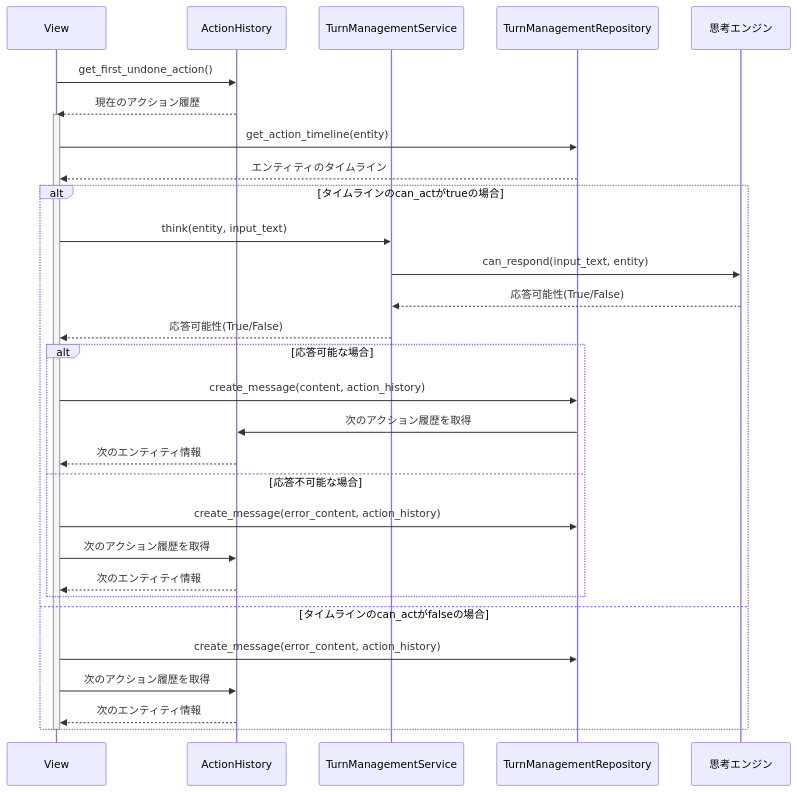
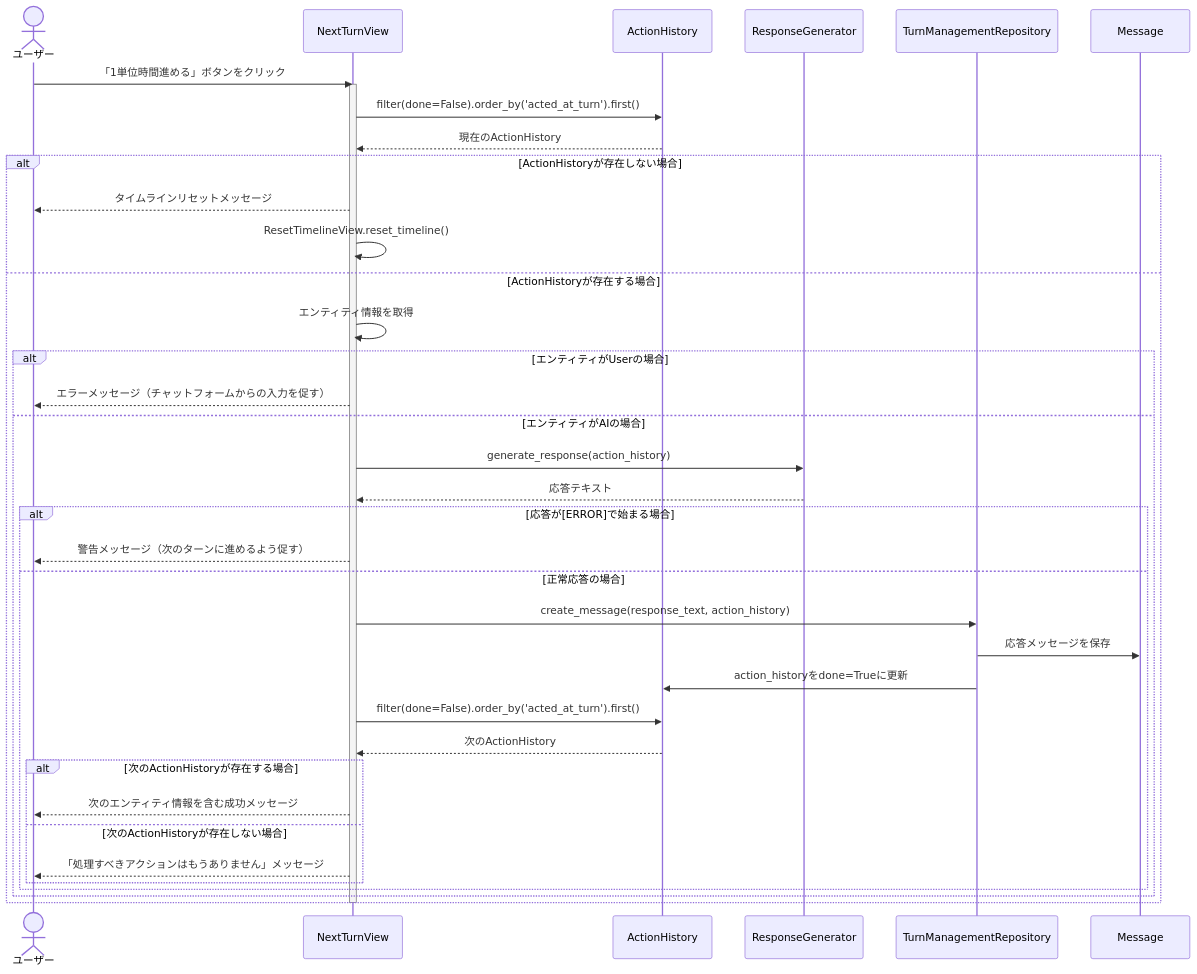
One commit to duri0214/portfolio changed the second of 3 diagrams in ai_agent/README.md. Above: the diagram before and after it, drawn with Mermaid. The commit also changed other lines of this file, not shown here.

````diff
--- a/ai_agent/README.md
+++ b/ai_agent/README.md
@@ -161,36 +193,46 @@
 ```mermaid
 sequenceDiagram
-    participant View as View
+    actor User as ユーザー
+    participant View as NextTurnView
     participant AH as ActionHistory
-    participant TMS as TurnManagementService
+    participant RG as ResponseGenerator
     participant TMR as TurnManagementRepository
-    participant ThinkingEngine as 思考エンジン
+    participant Message as Message
 
-    View->>AH: get_first_undone_action()
-    AH-->>View: 現在のアクション履歴
+    User->>View: 「1単位時間進める」ボタンをクリック
     activate View
-    View->>TMR: get_action_timeline(entity)
-    TMR-->>View: エンティティのタイムライン
+    View->>AH: filter(done=False).order_by('acted_at_turn').first()
+    AH-->>View: 現在のActionHistory
 
-    alt タイムラインのcan_actがtrueの場合
-        View->>TMS: think(entity, input_text)
-        TMS->>ThinkingEngine: can_respond(input_text, entity)
-        ThinkingEngine-->>TMS: 応答可能性(True/False)
-        TMS-->>View: 応答可能性(True/False)
+    alt ActionHistoryが存在しない場合
+        View-->>User: タイムラインリセットメッセージ
+        View->>View: ResetTimelineView.reset_timeline()
+    else ActionHistoryが存在する場合
+        View->>View: エンティティ情報を取得
 
-        alt 応答可能な場合
-            View->>TMR: create_message(content, action_history)
-            TMR->>AH: 次のアクション履歴を取得
-            AH-->>View: 次のエンティティ情報
-        else 応答不可能な場合
-            View->>TMR: create_message(error_content, action_history)
-            View->>AH: 次のアクション履歴を取得
-            AH-->>View: 次のエンティティ情報
+        alt エンティティがUserの場合
+            View-->>User: エラーメッセージ（チャットフォームからの入力を促す）
+        else エンティティがAIの場合
+            View->>RG: generate_response(action_history)
+            RG-->>View: 応答テキスト
+
+            alt 応答が[ERROR]で始まる場合
+                View-->>User: 警告メッセージ（次のターンに進めるよう促す）
+            else 正常応答の場合
+                View->>TMR: create_message(response_text, action_history)
+                TMR->>Message: 応答メッセージを保存
+                TMR->>AH: action_historyをdone=Trueに更新
+
+                View->>AH: filter(done=False).order_by('acted_at_turn').first()
+                AH-->>View: 次のActionHistory
+
+                alt 次のActionHistoryが存在する場合
+                    View-->>User: 次のエンティティ情報を含む成功メッセージ
+                else 次のActionHistoryが存在しない場合
+                    View-->>User: 「処理すべきアクションはもうありません」メッセージ
+                end
+            end
         end
-    else タイムラインのcan_actがfalseの場合
-        View->>TMR: create_message(error_content, action_history)
-        View->>AH: 次のアクション履歴を取得
-        AH-->>View: 次のエンティティ情報
     end
     deactivate View
 ```
````
